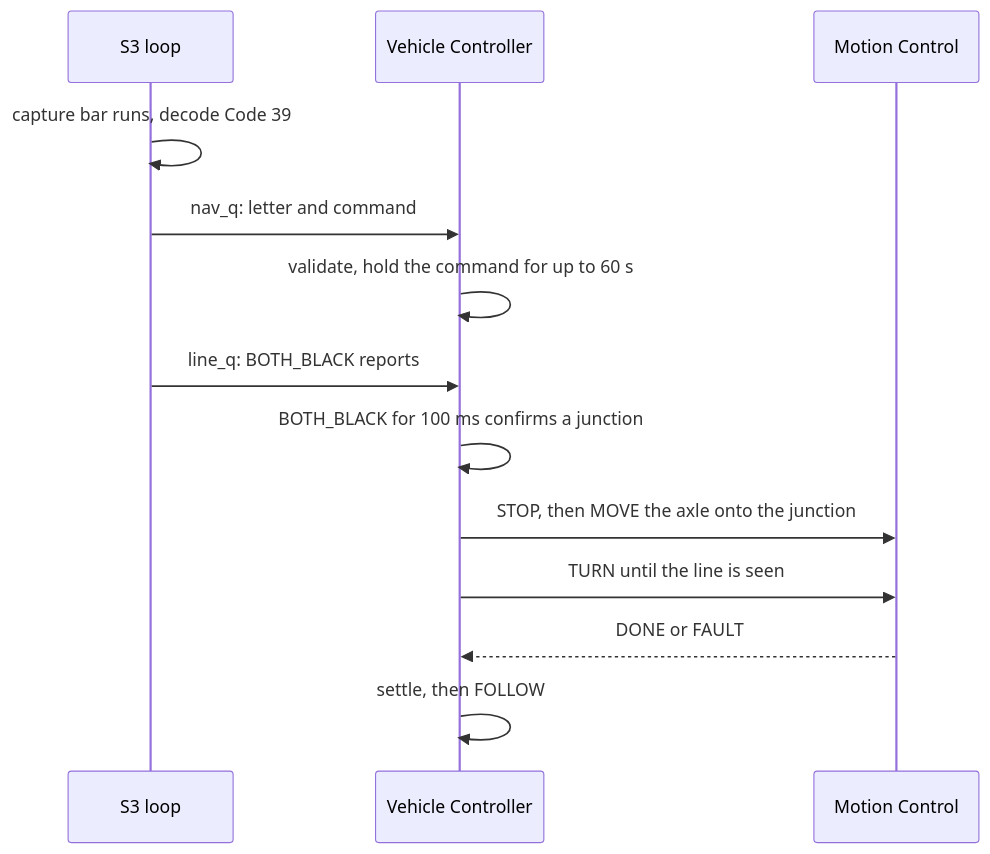
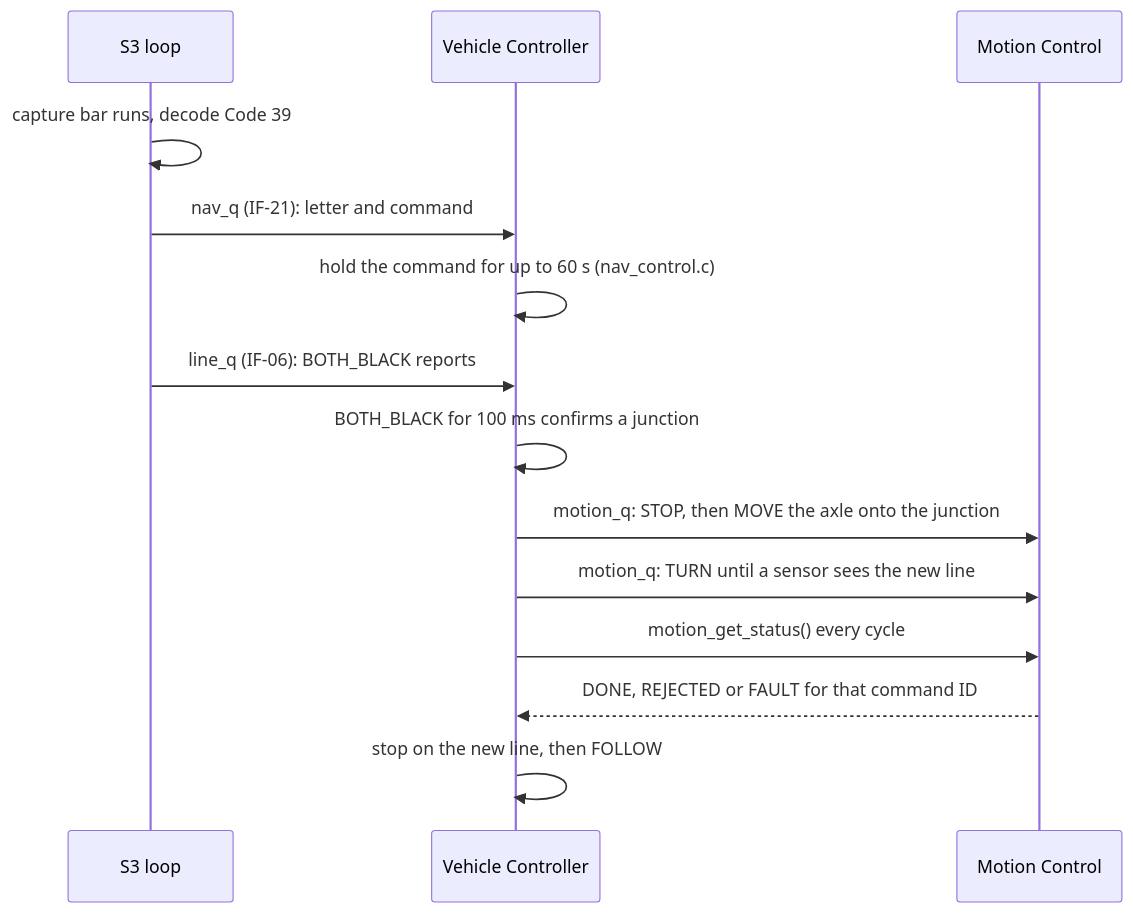
One commit to timothyckl/INF2004-P2-08-RobotCar changed the fifth of 7 diagrams in docs/final_architecture.md. Above: the diagram before and after it, drawn with Mermaid. The commit also changed other lines of this file, not shown here.

First line of the commit message:
docs(architecture): separate message, flag, call and hardware arrows

````diff
--- a/docs/final_architecture.md
+++ b/docs/final_architecture.md
@@ -186,15 +239,16 @@
 ```mermaid
 sequenceDiagram
   participant S3 as S3 loop
   participant C as Vehicle Controller
   participant M as Motion Control
   S3->>S3: capture bar runs, decode Code 39
-  S3->>C: nav_q: letter and command
-  C->>C: validate, hold the command for up to 60 s
-  S3->>C: line_q: BOTH_BLACK reports
+  S3->>C: nav_q (IF-21): letter and command
+  C->>C: hold the command for up to 60 s (nav_control.c)
+  S3->>C: line_q (IF-06): BOTH_BLACK reports
   C->>C: BOTH_BLACK for 100 ms confirms a junction
-  C->>M: STOP, then MOVE the axle onto the junction
-  C->>M: TURN until the line is seen
-  M-->>C: DONE or FAULT
-  C->>C: settle, then FOLLOW
+  C->>M: motion_q: STOP, then MOVE the axle onto the junction
+  C->>M: motion_q: TURN until a sensor sees the new line
+  C->>M: motion_get_status() every cycle
+  M-->>C: DONE, REJECTED or FAULT for that command ID
+  C->>C: stop on the new line, then FOLLOW
 ```
````
